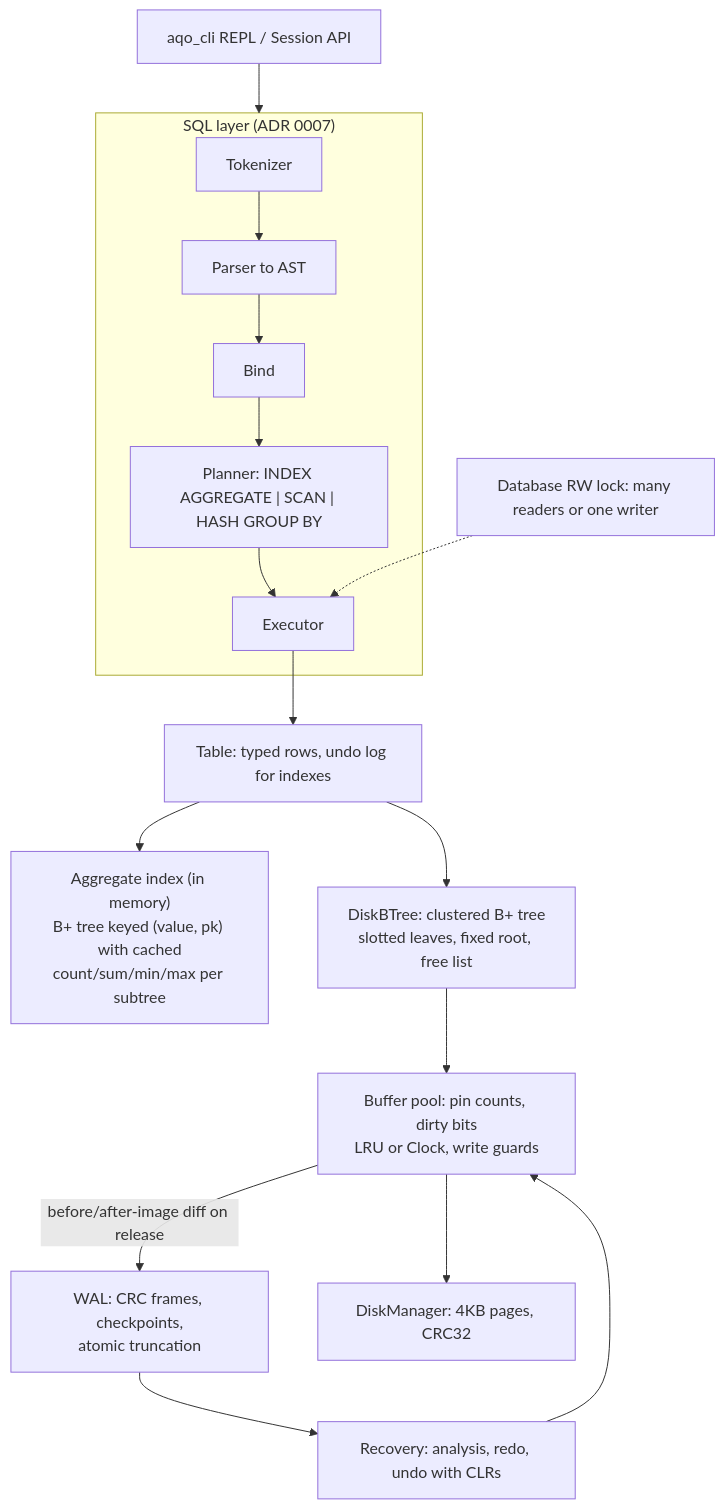
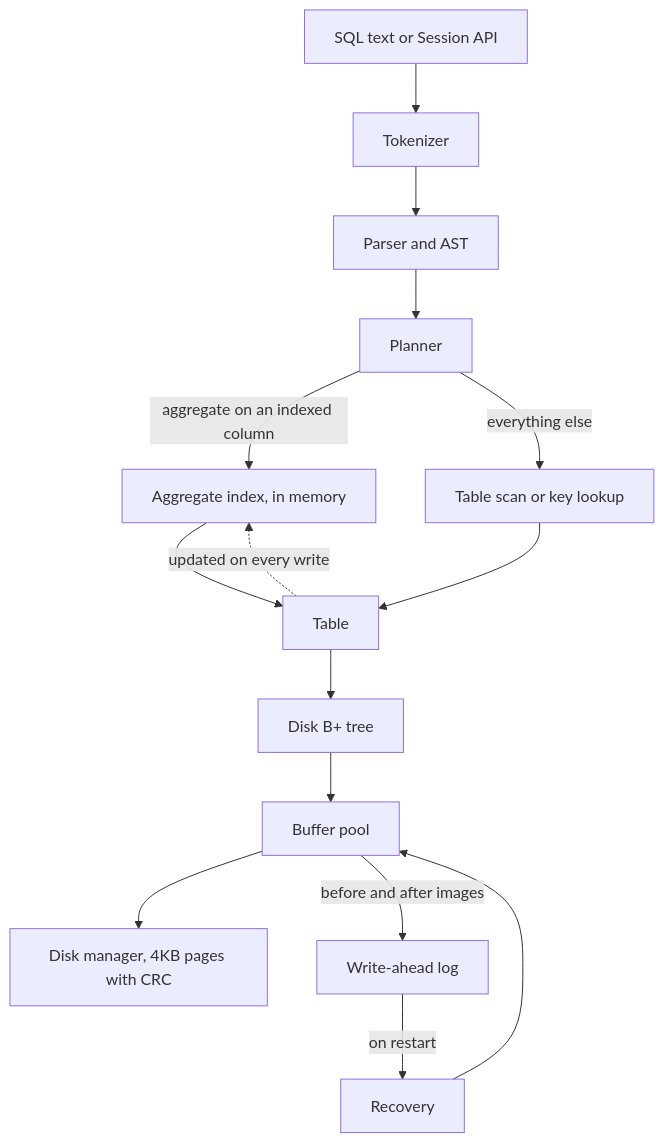
Before and after one commit to AurindumBanerjee/Aggregate-Queries-Optimiser: the diagram in README.md, drawn with Mermaid. The commit also changed other lines of this file, not shown here.

Commit message:
docs: restructure README for reading order and replace the Mermaid diagram with a simpler one

````diff
--- a/README.md
+++ b/README.md
@@ -15,16 +59,17 @@
 ```mermaid
 flowchart TD
-  CLI["aqo_cli REPL / Session API"] --> SQL
-  subgraph SQL["SQL layer (ADR 0007)"]
-    LEX[Tokenizer] --> PARSE[Parser to AST] --> BIND[Bind] --> PLAN["Planner: INDEX AGGREGATE | SCAN | HASH GROUP BY"] --> EXEC[Executor]
-  end
-  EXEC --> TBL["Table: typed rows, undo log for indexes"]
-  TBL --> AGG["Aggregate index (in memory)<br/>B+ tree keyed (value, pk) with cached<br/>count/sum/min/max per subtree"]
-  TBL --> BT["DiskBTree: clustered B+ tree<br/>slotted leaves, fixed root, free list"]
-  BT --> BP["Buffer pool: pin counts, dirty bits<br/>LRU or Clock, write guards"]
-  BP -->|"before/after-image diff on release"| WAL["WAL: CRC frames, checkpoints,<br/>atomic truncation"]
-  BP --> DM["DiskManager: 4KB pages, CRC32"]
-  WAL --> REC["Recovery: analysis, redo, undo with CLRs"]
-  REC --> BP
-  LOCK["Database RW lock: many readers or one writer"] -.-> EXEC
+    A["SQL text or Session API"] --> B["Tokenizer"]
+    B --> C["Parser and AST"]
+    C --> D["Planner"]
+    D -->|"aggregate on an indexed column"| E["Aggregate index, in memory"]
+    D -->|"everything else"| F["Table scan or key lookup"]
+    E --> G["Table"]
+    F --> G
+    G -.->|"updated on every write"| E
+    G --> H["Disk B+ tree"]
+    H --> I["Buffer pool"]
+    I --> J["Disk manager, 4KB pages with CRC"]
+    I -->|"before and after images"| K["Write-ahead log"]
+    K -->|"on restart"| L["Recovery"]
+    L --> I
 ```
````
